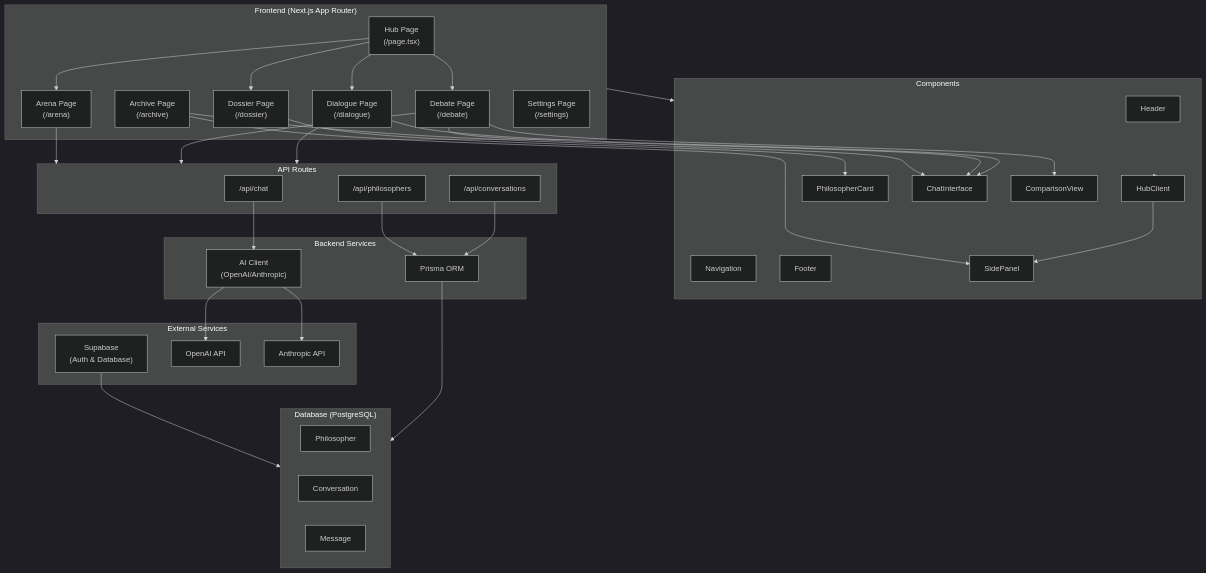
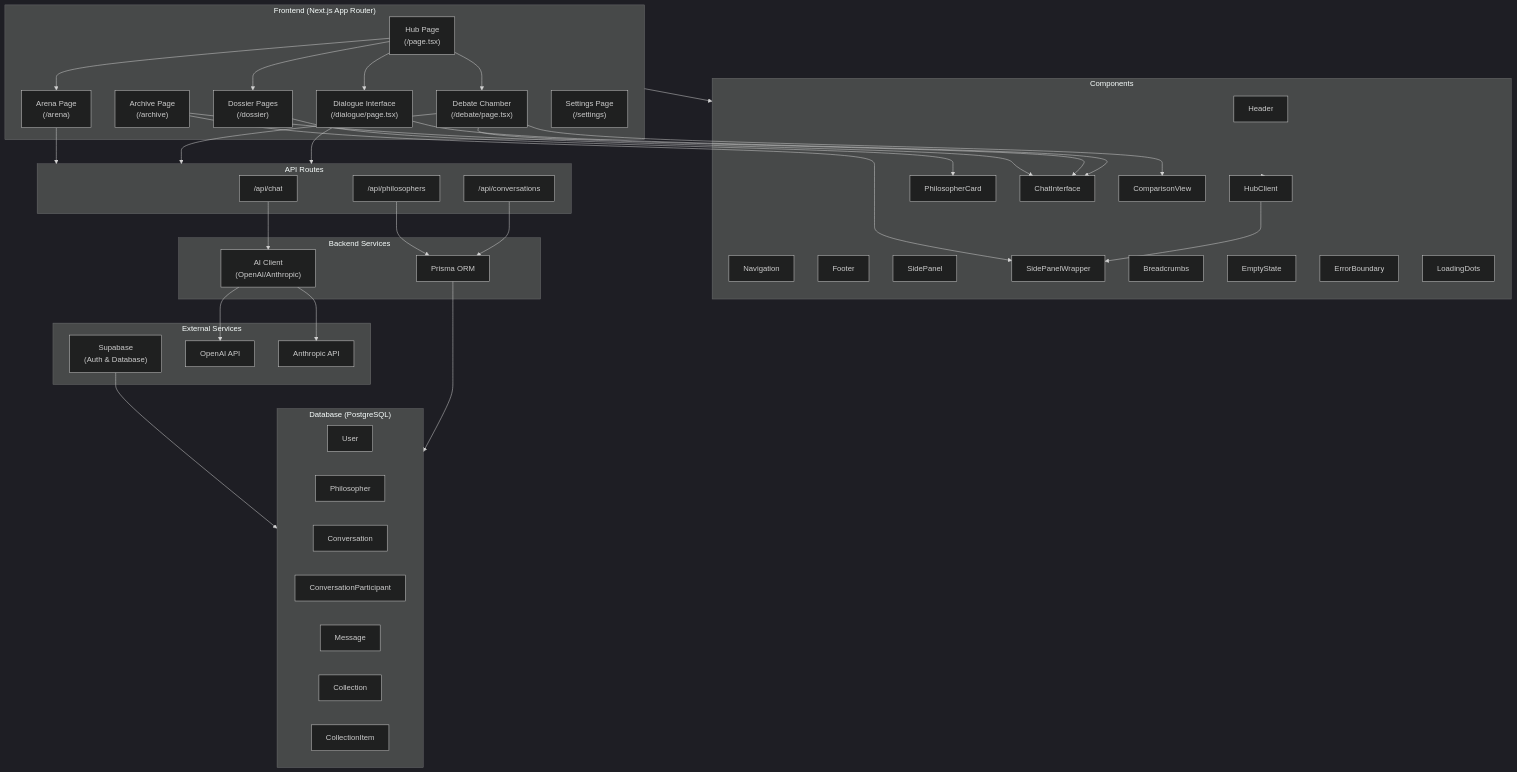
One commit to zihanlim/ai-phi changed the first of 3 diagrams in README.md. Above: the diagram before and after it, drawn with Mermaid (dark theme). The commit also changed other lines of this file and 4 other files, not shown here.

```diff
--- a/README.md
+++ b/README.md
@@ -106,9 +169,9 @@
     subgraph Frontend["Frontend (Next.js App Router)"]
         Hub["Hub Page<br/>(/page.tsx)"]
         Arena["Arena Page<br/>(/arena)"]
-        Dialogue["Dialogue Page<br/>(/dialogue)"]
-        Debate["Debate Page<br/>(/debate)"]
-        Dossier["Dossier Page<br/>(/dossier)"]
+        Dialogue["Dialogue Interface<br/>(/dialogue/page.tsx)"]
+        Debate["Debate Chamber<br/>(/debate/page.tsx)"]
+        Dossier["Dossier Pages<br/>(/dossier)"]
         Archive["Archive Page<br/>(/archive)"]
         Settings["Settings Page<br/>(/settings)"]
     end
@@ -118,10 +181,15 @@
         Navigation["Navigation"]
         Footer["Footer"]
         SidePanel["SidePanel"]
+        SidePanelWrapper["SidePanelWrapper"]
         HubClient["HubClient"]
         PhilosopherCard["PhilosopherCard"]
         ChatInterface["ChatInterface"]
         ComparisonView["ComparisonView"]
+        Breadcrumbs["Breadcrumbs"]
+        EmptyState["EmptyState"]
+        ErrorBoundary["ErrorBoundary"]
+        LoadingDots["LoadingDots"]
     end
 
     subgraph API["API Routes"]
@@ -136,9 +204,13 @@
     end
 
     subgraph Database["Database (PostgreSQL)"]
+        UserTable["User"]
         PhilosopherTable["Philosopher"]
         ConversationTable["Conversation"]
+        ConversationParticipantTable["ConversationParticipant"]
         MessageTable["Message"]
+        CollectionTable["Collection"]
+        CollectionItemTable["CollectionItem"]
     end
 
     subgraph External["External Services"]
@@ -149,7 +221,7 @@
 
     Frontend --> Components
     Components --> HubClient
-    HubClient --> SidePanel
+    HubClient --> SidePanelWrapper
     
     Hub --> Arena
     Hub --> Dialogue
@@ -161,7 +233,7 @@
     Debate --> ChatInterface
     Dossier --> PhilosopherCard
     
-    Archive --> SidePanel
+    Archive --> SidePanelWrapper
     Archive --> ChatInterface
     
     Dialogue --> API
```
